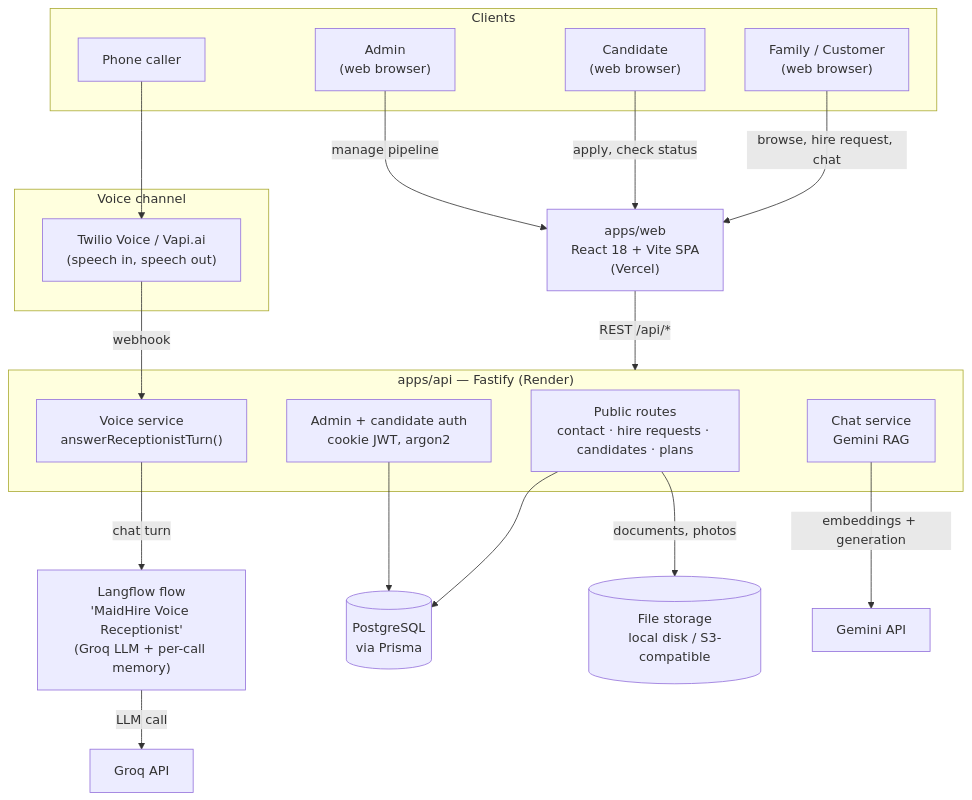
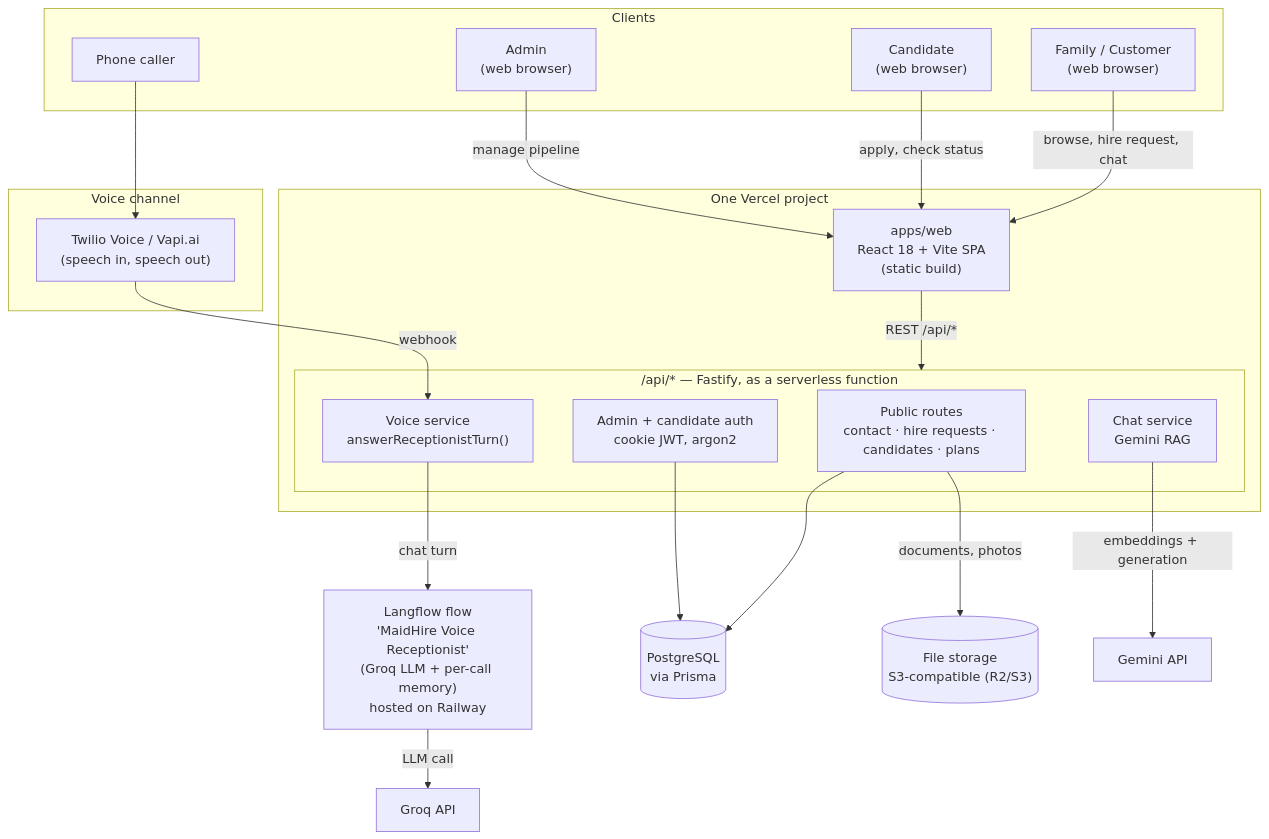
Before and after one commit to rxxj25/MAIDHIRE-AI-RECRUITMENT-WEBSITE: the diagram in README.md, drawn with Mermaid. The commit also changed other lines of this file and 4 other files, not shown here.

First line of the commit message:
Convert backend to a single Vercel deployment (static site + serverless API)

````diff
--- a/README.md
+++ b/README.md
@@ -38,42 +38,43 @@
 ```mermaid
 flowchart TB
     subgraph clients["Clients"]
         family["Family / Customer\n(web browser)"]
         candidate["Candidate\n(web browser)"]
         admin["Admin\n(web browser)"]
         caller["Phone caller"]
     end
 
     subgraph edge["Voice channel"]
         telephony["Twilio Voice / Vapi.ai\n(speech in, speech out)"]
     end
 
-    web["apps/web\nReact 18 + Vite SPA\n(Vercel)"]
-
-    subgraph backend["apps/api — Fastify (Render)"]
-        pub["Public routes\ncontact · hire requests · candidates · plans"]
-        auth["Admin + candidate auth\ncookie JWT, argon2"]
-        chatsvc["Chat service\nGemini RAG"]
-        voicesvc["Voice service\nanswerReceptionistTurn()"]
+    subgraph vercel["One Vercel project"]
+        web["apps/web\nReact 18 + Vite SPA\n(static build)"]
+        subgraph backend["/api/* — Fastify, as a serverless function"]
+            pub["Public routes\ncontact · hire requests · candidates · plans"]
+            auth["Admin + candidate auth\ncookie JWT, argon2"]
+            chatsvc["Chat service\nGemini RAG"]
+            voicesvc["Voice service\nanswerReceptionistTurn()"]
+        end
     end
 
-    langflow["Langflow flow\n'MaidHire Voice Receptionist'\n(Groq LLM + per-call memory)"]
+    langflow["Langflow flow\n'MaidHire Voice Receptionist'\n(Groq LLM + per-call memory)\nhosted on Railway"]
     db[("PostgreSQL\nvia Prisma")]
-    storage[("File storage\nlocal disk / S3-compatible")]
+    storage[("File storage\nS3-compatible (R2/S3)")]
 
     family -->|browse, hire request, chat| web
     candidate -->|apply, check status| web
     admin -->|manage pipeline| web
     web -->|REST /api/*| backend
 
     caller --> telephony
     telephony -->|webhook| voicesvc
 
     pub --> db
     auth --> db
     pub -->|documents, photos| storage
 
     chatsvc -->|embeddings + generation| gemini["Gemini API"]
     voicesvc -->|chat turn| langflow
     langflow -->|LLM call| groq["Groq API"]
 ```
````
